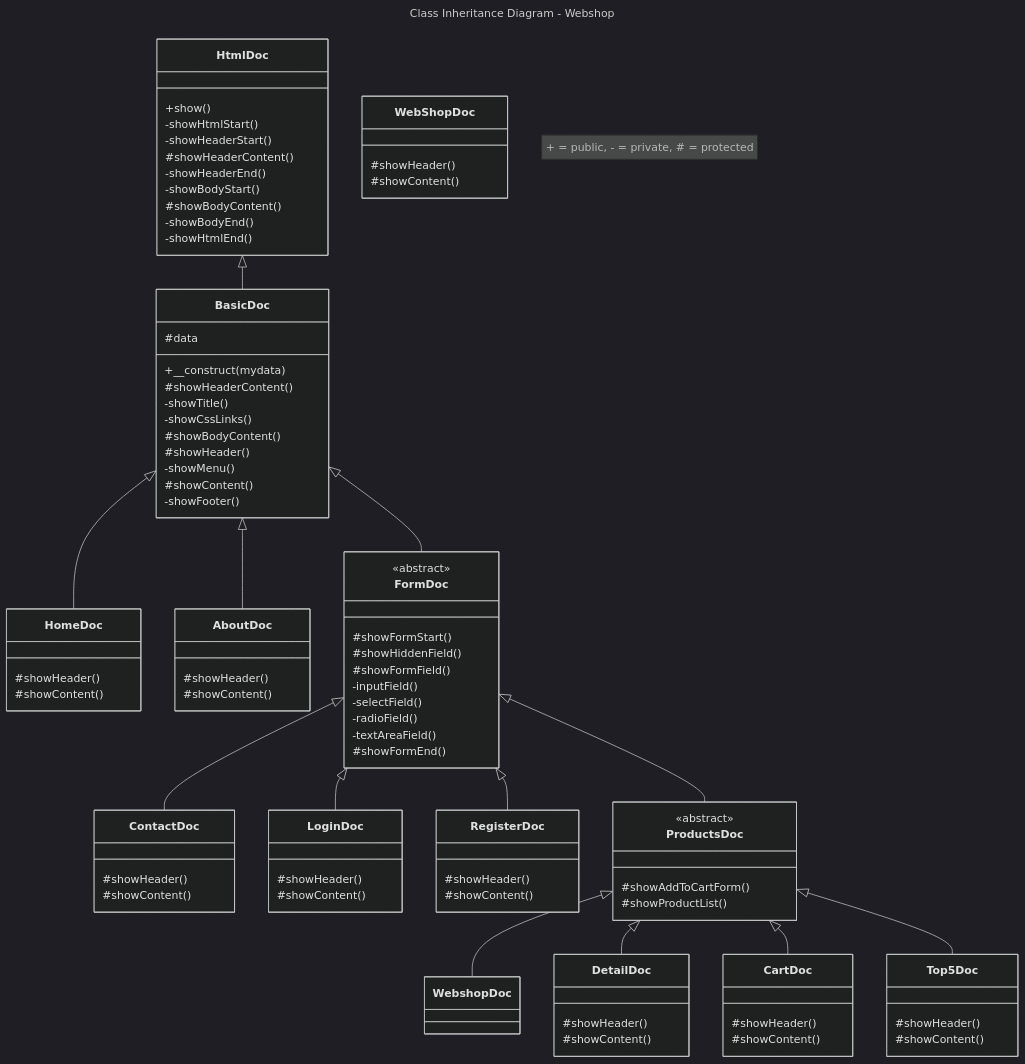
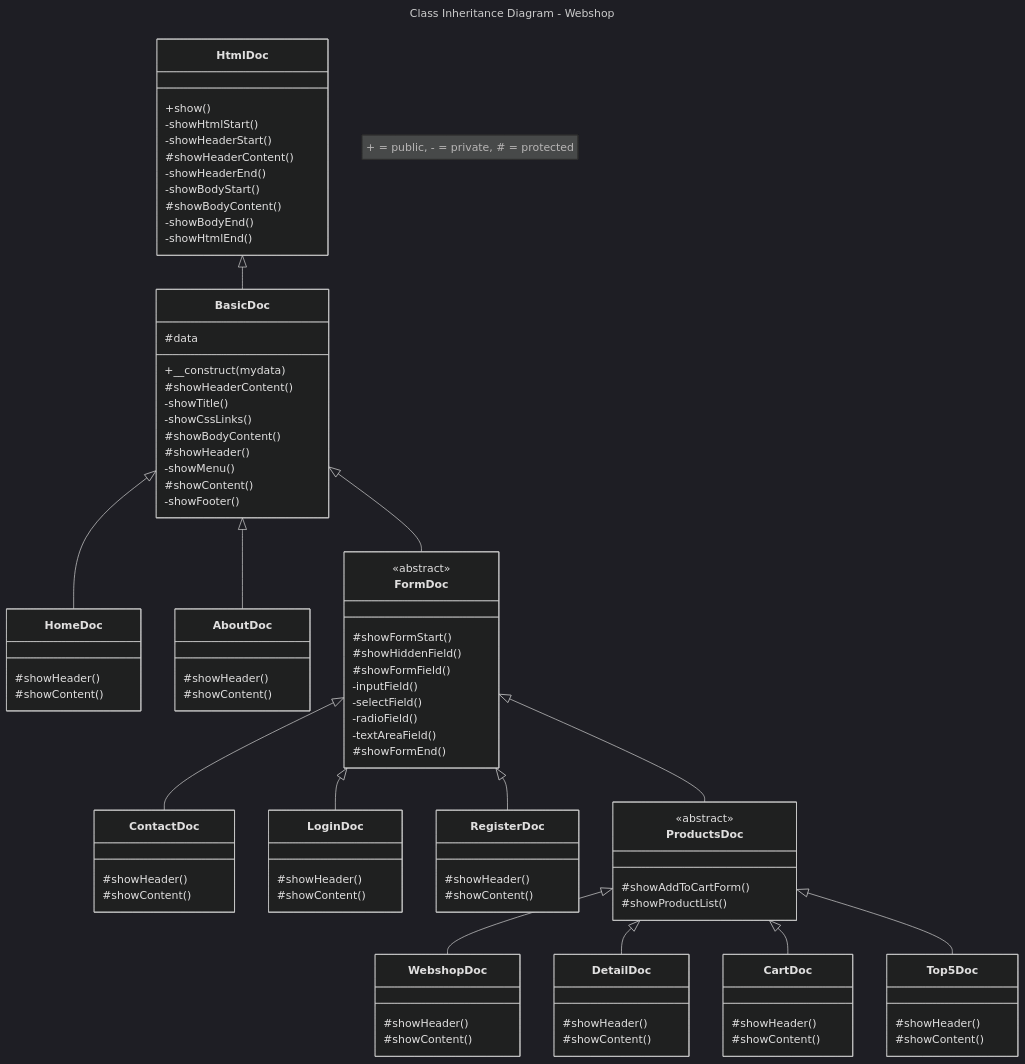
One commit to JeroenHeemskerk/educom-webshop-oop-1706014138 changed the diagram in Diagrams/class-inheritance-diagram-webshop.md. Above: the diagram before and after it, drawn with Mermaid (dark theme).

```diff
--- a/Diagrams/class-inheritance-diagram-webshop.md
+++ b/Diagrams/class-inheritance-diagram-webshop.md
@@ -81,7 +81,7 @@
         #showAddToCartForm()
         #showProductList()
     }
-    class WebShopDoc{
+    class WebshopDoc{
         #showHeader()
         #showContent()
     }
```
